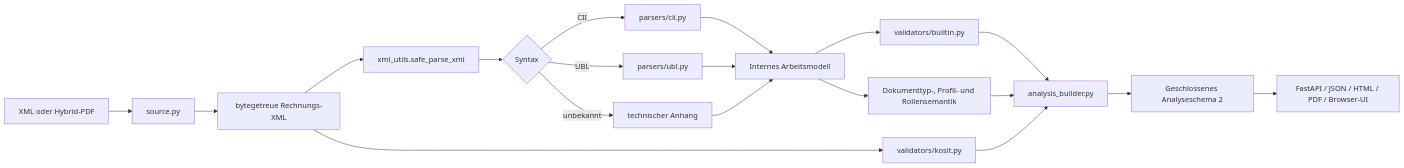
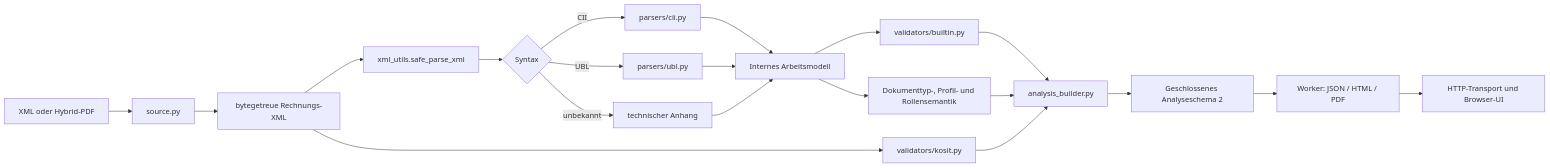
Before and after one commit to Harpau/E-Rechnungs-Pruefer: the first of 3 diagrams in docs/ARCHITECTURE.md, drawn with Mermaid. The commit also changed other lines of this file and 95 other files, not shown here.

````diff
--- a/docs/ARCHITECTURE.md
+++ b/docs/ARCHITECTURE.md
@@ -10,21 +10,22 @@
 ```mermaid
 flowchart LR
     A[XML oder Hybrid-PDF] --> B[source.py]
     B --> C[bytegetreue Rechnungs-XML]
     C --> D[xml_utils.safe_parse_xml]
     D --> E{Syntax}
     E -->|CII| F[parsers/cii.py]
     E -->|UBL| G[parsers/ubl.py]
     E -->|unbekannt| H[technischer Anhang]
     F --> I[Internes Arbeitsmodell]
     G --> I
     H --> I
     I --> J[validators/builtin.py]
     I --> S[Dokumenttyp-, Profil- und Rollensemantik]
     C --> K[validators/kosit.py]
     J --> L[analysis_builder.py]
     K --> L
     S --> L
     L --> V[Geschlossenes Analyseschema 2]
-    V --> M[FastAPI / JSON / HTML / PDF / Browser-UI]
+    V --> M[Worker: JSON / HTML / PDF]
+    M --> N[HTTP-Transport und Browser-UI]
 ```
````
